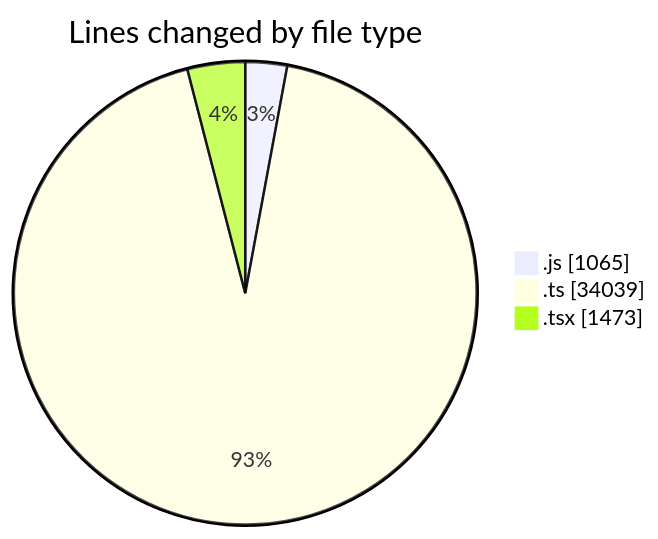
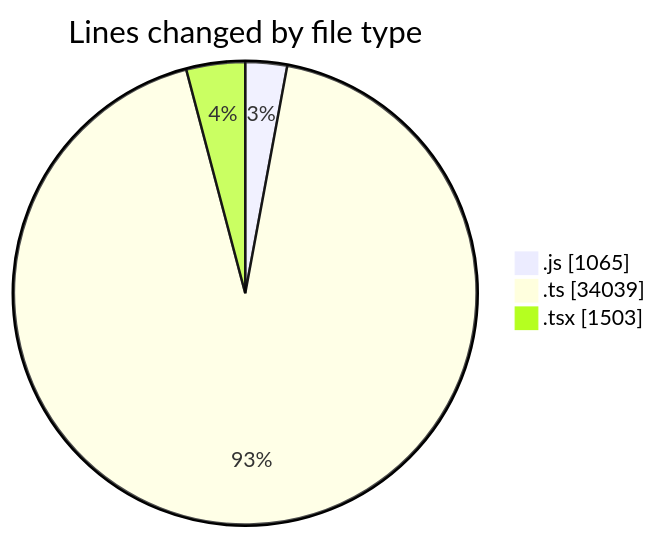
The first of 2 diagrams in 2026-10-06/cda/README.md (momahboobian/code-tracking), drawn with Mermaid before and after one commit. The commit also changed other lines of this file and 1 other file, not shown here.

````diff
--- a/2026-10-06/cda/README.md
+++ b/2026-10-06/cda/README.md
@@ -43,7 +43,7 @@
 ```mermaid
 pie showData
 title Lines changed by file type
 ".js" : 1065
 ".ts" : 34039
-".tsx" : 1473
+".tsx" : 1503
 ```
````
